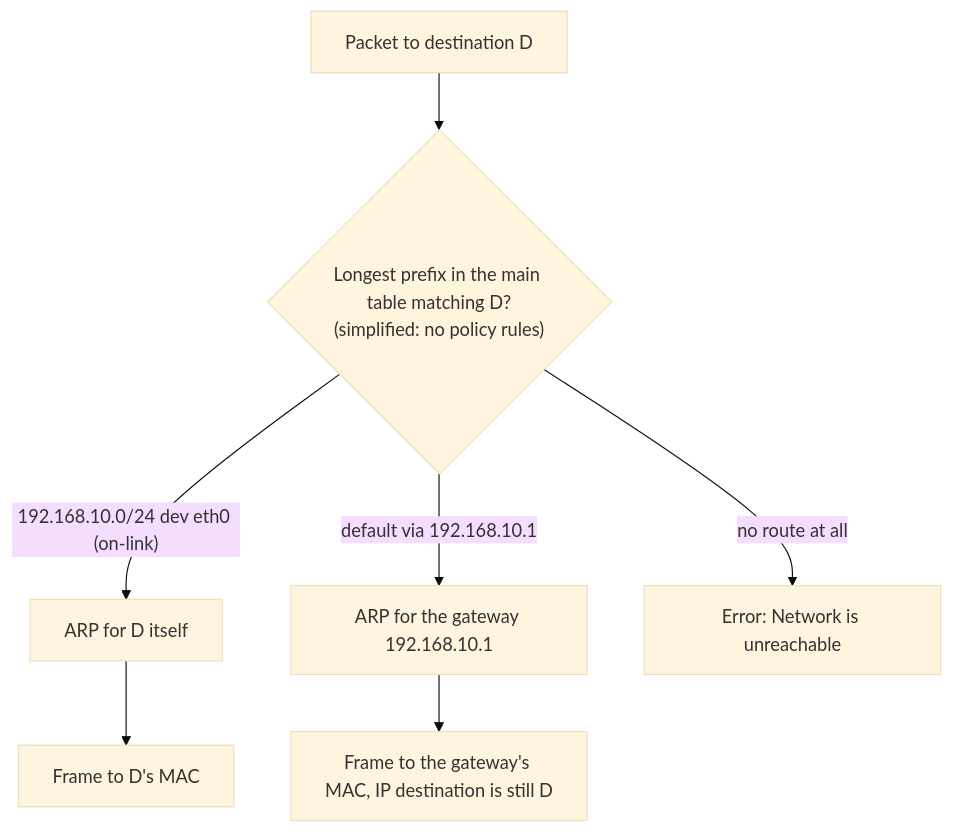
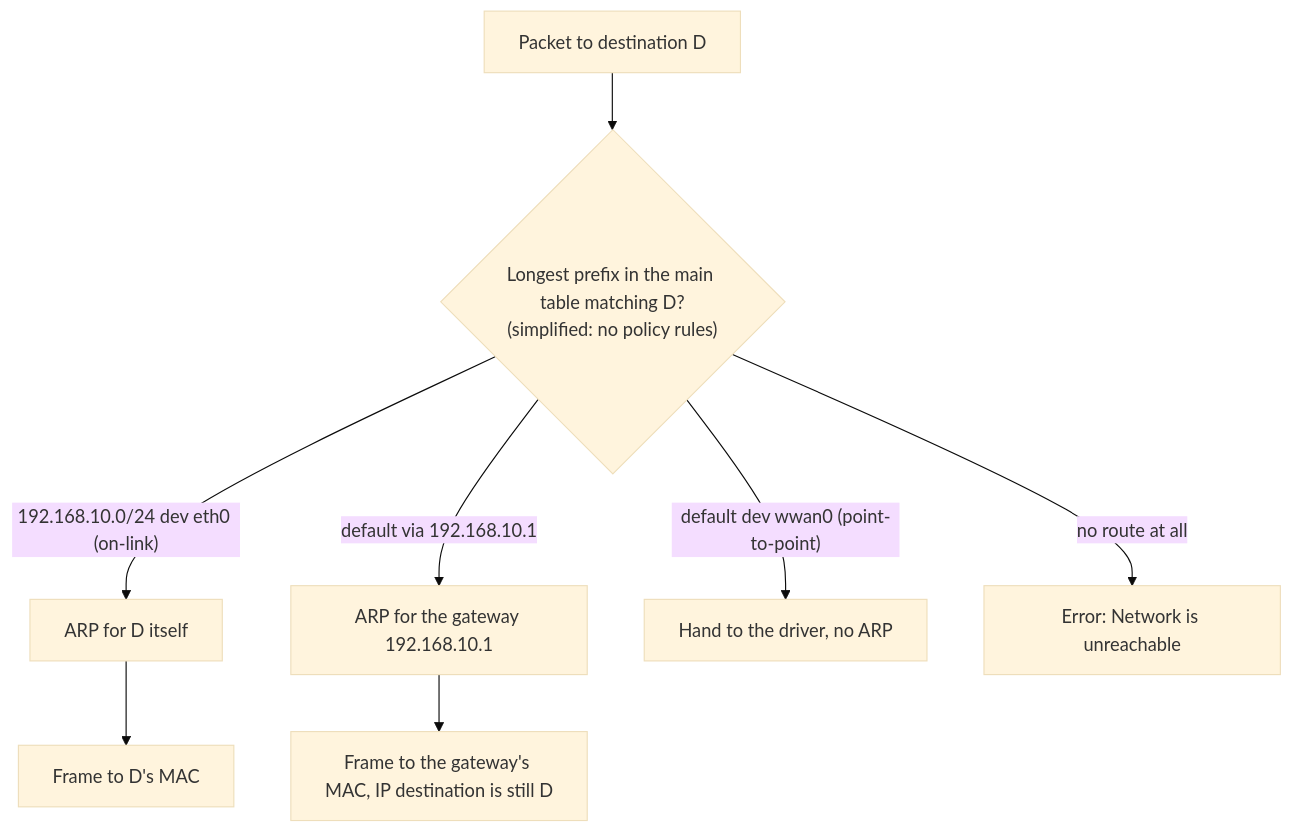
The sixth of 23 diagrams in networking/fundamentals/fundamentals.md (yassineflag/engineering-notes-public), drawn with Mermaid (base theme) before and after one commit. The commit also changed other lines of this file, not shown here.

````diff
--- a/networking/fundamentals/fundamentals.md
+++ b/networking/fundamentals/fundamentals.md
@@ -377,9 +518,10 @@
 ```mermaid
 flowchart TD
     A["Packet to destination D"] --> B{"Longest prefix in the main table matching D?<br/>(simplified: no policy rules)"}
     B -->|"192.168.10.0/24 dev eth0 (on-link)"| C["ARP for D itself"]
     B -->|"default via 192.168.10.1"| E["ARP for the gateway 192.168.10.1"]
+    B -->|"default dev wwan0 (point-to-point)"| P["Hand to the driver, no ARP"]
     B -->|"no route at all"| F["Error: Network is unreachable"]
     C --> G["Frame to D's MAC"]
     E --> H["Frame to the gateway's MAC, IP destination is still D"]
 ```
````
